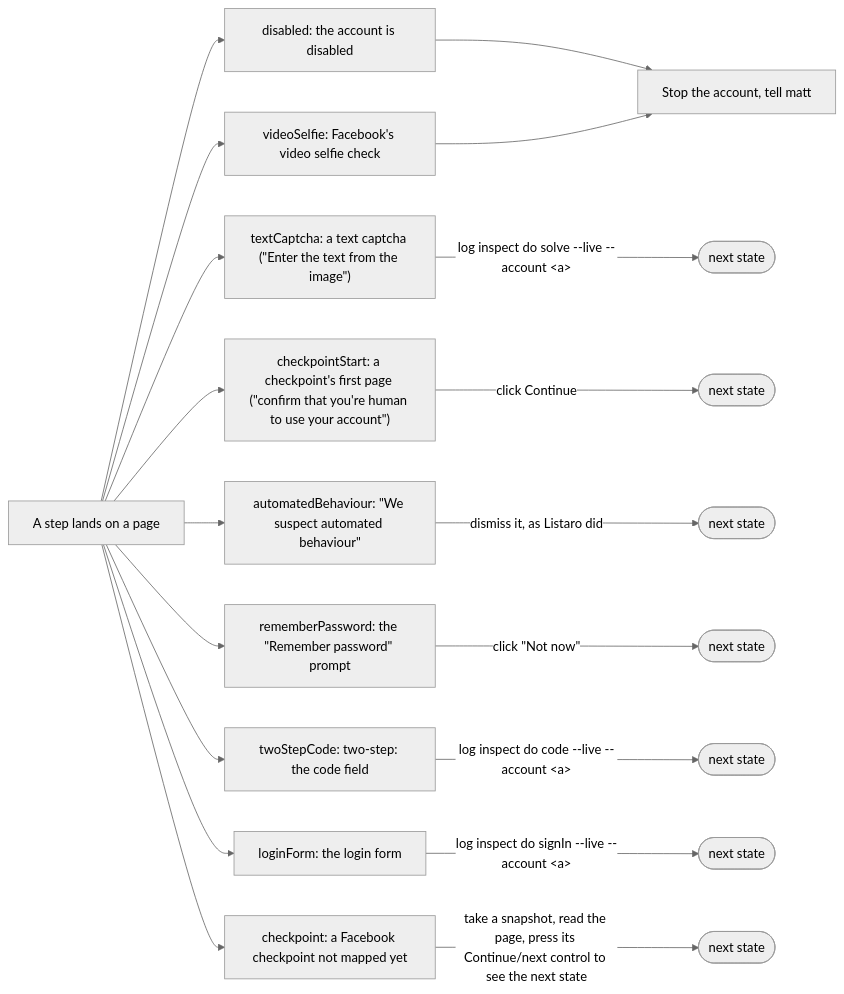
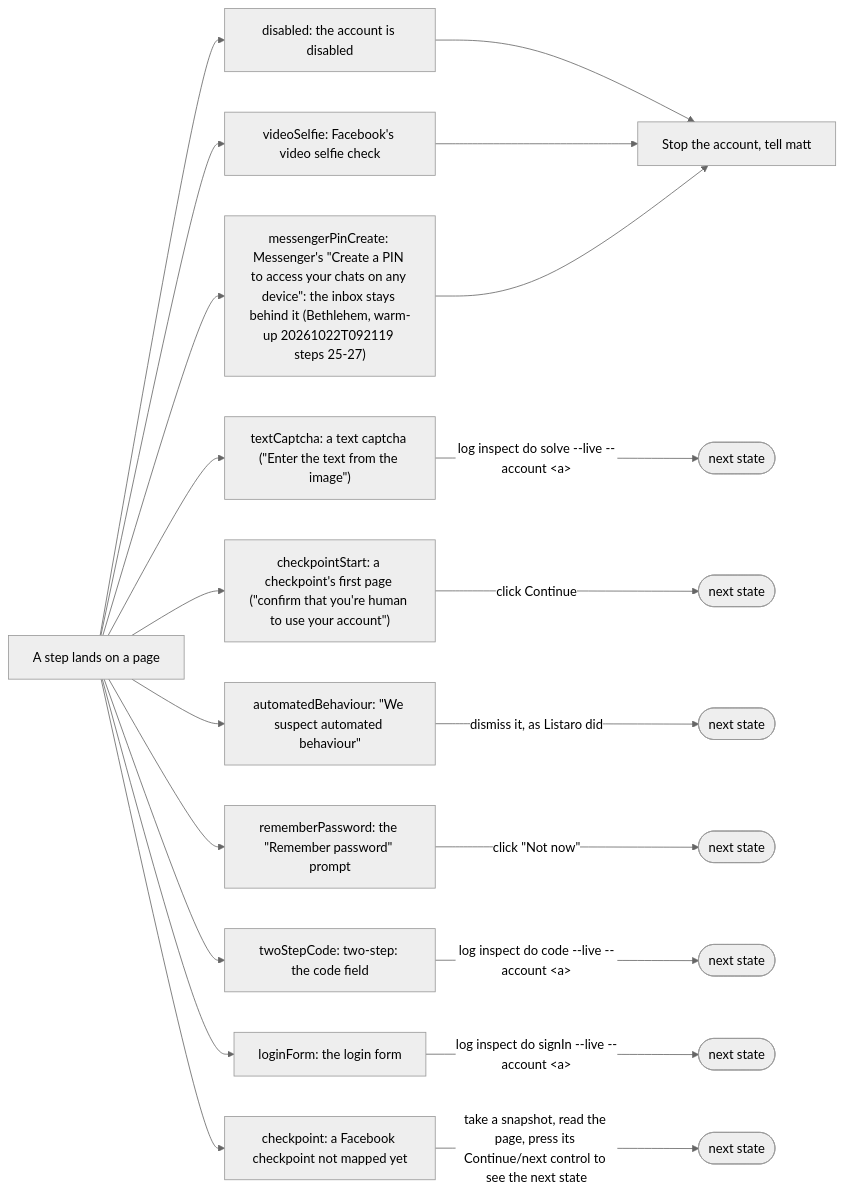
One commit to matthewdonsemail-lab/log changed the diagram in docs/diagrams/pageStates.mmd. Above: the diagram before and after it, drawn with Mermaid (neutral theme). The commit also changed 105 other files, not shown here.

Commit message:
feat: runs are pruned once analysed (rule 66), Messenger's PIN is asked and kept (rule 67), the five warm-up stages are flows

```diff
--- a/docs/diagrams/pageStates.mmd
+++ b/docs/diagrams/pageStates.mmd
@@ -1,32 +1,35 @@
 %% Known page states (rule 54). From `PAGE_STATES` (`src/browser/flow/helpers/pageState.ts`), first match wins. The hooks report each with its resolver; only a person's state stops the account.
 %% Written by `bun run docs:build` from the code (rule 56). Not edited by hand.
 flowchart LR
   page["A step lands on a page"]
   person["Stop the account, tell matt"]
   disabled["disabled: the account is disabled"]
   page --> disabled
   disabled --> person
   videoSelfie["videoSelfie: Facebook's video selfie check"]
   page --> videoSelfie
   videoSelfie --> person
   textCaptcha["textCaptcha: a text captcha (#quot;Enter the text from the image#quot;)"]
   page --> textCaptcha
   textCaptcha -->|"log inspect do solve --live --account #lt;a#gt;"| nexttextCaptcha(["next state"])
   checkpointStart["checkpointStart: a checkpoint's first page (#quot;confirm that you're human to use your account#quot;)"]
   page --> checkpointStart
   checkpointStart -->|"click Continue"| nextcheckpointStart(["next state"])
   automatedBehaviour["automatedBehaviour: #quot;We suspect automated behaviour#quot;"]
   page --> automatedBehaviour
   automatedBehaviour -->|"dismiss it, as Listaro did"| nextautomatedBehaviour(["next state"])
+  messengerPinCreate["messengerPinCreate: Messenger's #quot;Create a PIN to access your chats on any device#quot;: the inbox stays behind it (Bethlehem, warm-up 20261022T092119 steps 25-27)"]
+  page --> messengerPinCreate
+  messengerPinCreate --> person
   rememberPassword["rememberPassword: the #quot;Remember password#quot; prompt"]
   page --> rememberPassword
   rememberPassword -->|"click #quot;Not now#quot;"| nextrememberPassword(["next state"])
   twoStepCode["twoStepCode: two-step: the code field"]
   page --> twoStepCode
   twoStepCode -->|"log inspect do code --live --account #lt;a#gt;"| nexttwoStepCode(["next state"])
   loginForm["loginForm: the login form"]
   page --> loginForm
   loginForm -->|"log inspect do signIn --live --account #lt;a#gt;"| nextloginForm(["next state"])
   checkpoint["checkpoint: a Facebook checkpoint not mapped yet"]
   page --> checkpoint
   checkpoint -->|"take a snapshot, read the page, press its Continue/next control to see the next state"| nextcheckpoint(["next state"])
```
